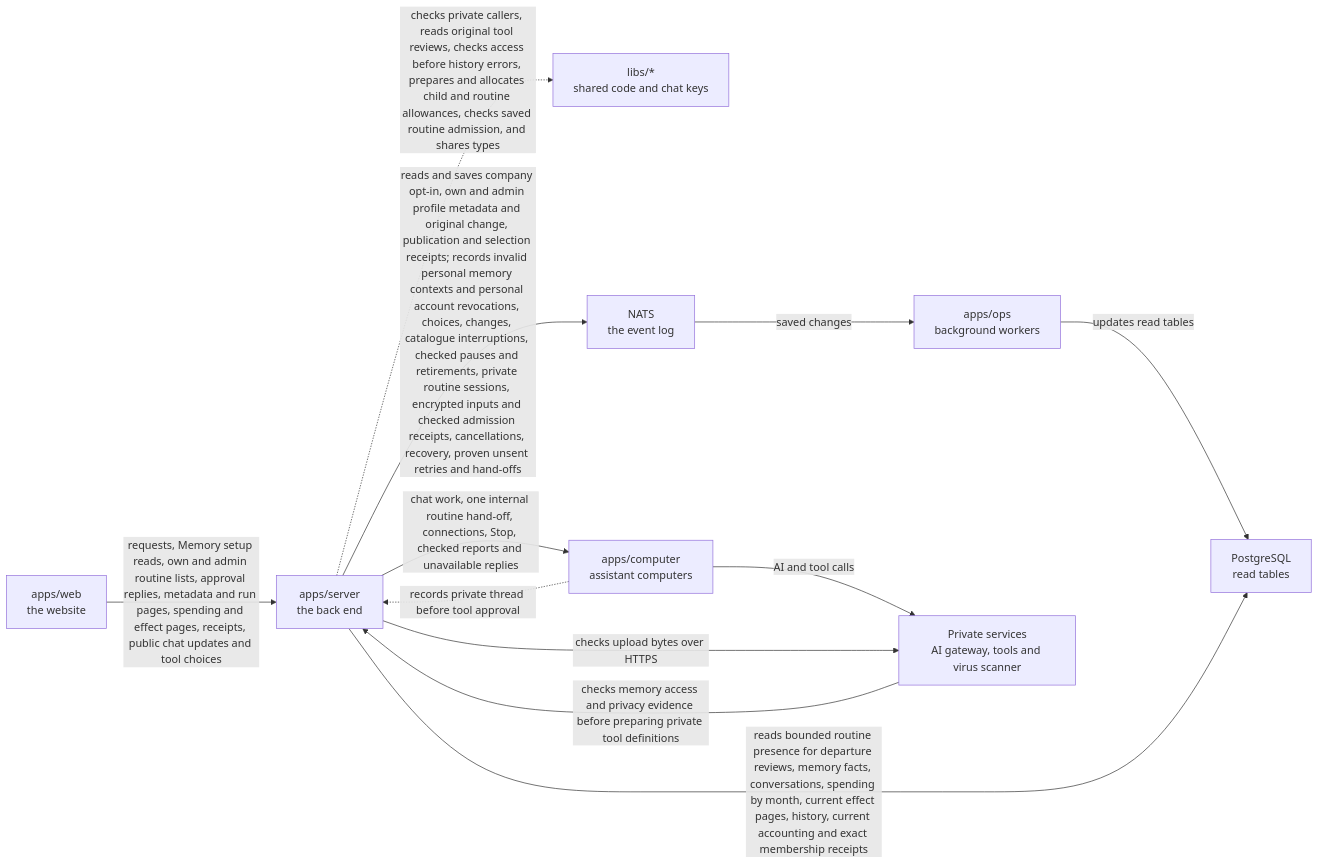
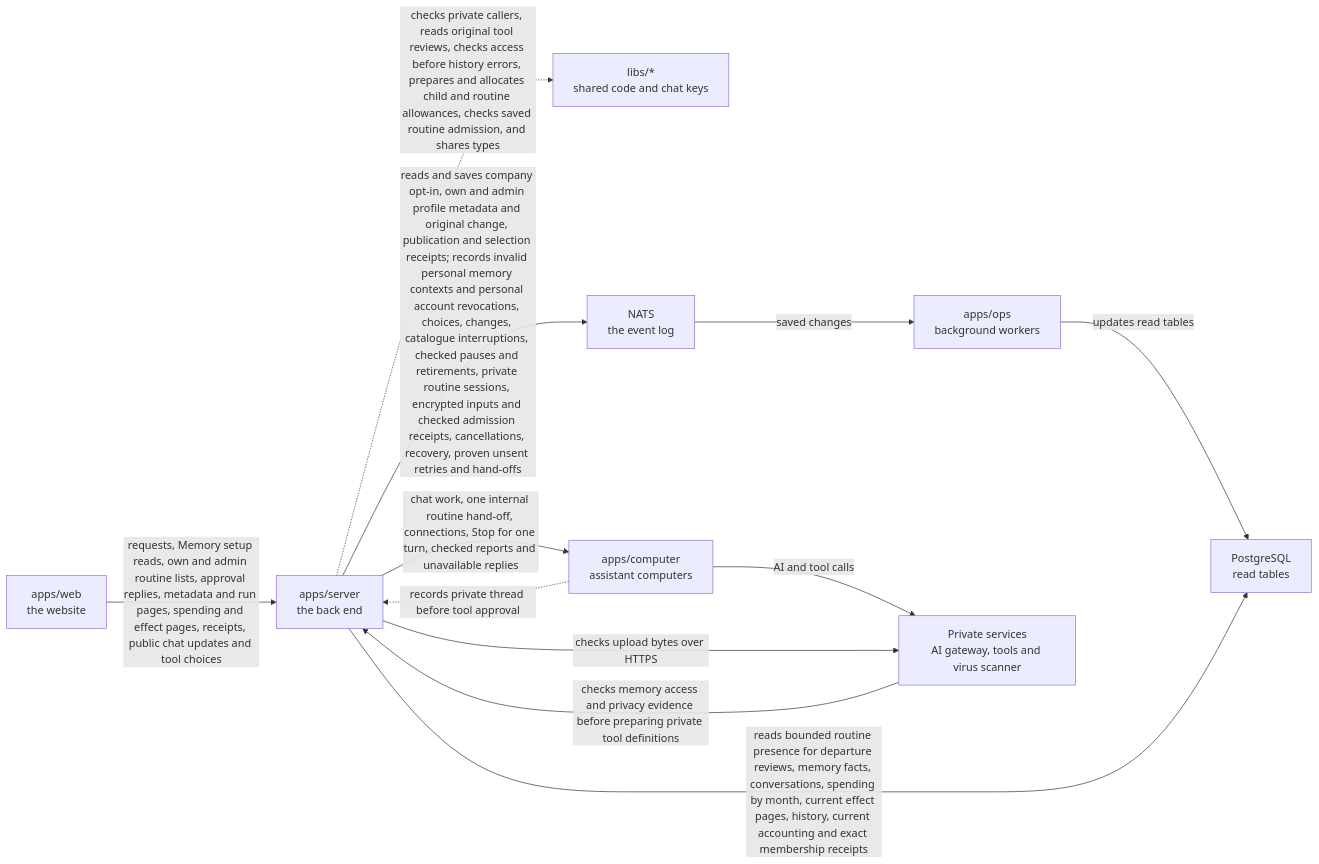
The diagram in apps/server/README.md (elewa-git/opencrane-new), drawn with Mermaid before and after one commit. The commit also changed other lines of this file and 6 other files, not shown here.

Commit message:
🛑 Share Stop removal and interruption for each exact turn

````diff
--- a/apps/server/README.md
+++ b/apps/server/README.md
@@ -107,14 +108,14 @@
 ```mermaid
 flowchart LR
   web["apps/web<br/>the website"] -->|requests, Memory setup reads, own and admin routine lists, approval replies, metadata and run pages, spending and effect pages, receipts, public chat updates and tool choices| server["apps/server<br/>the back end"]
   server -.->|checks private callers, reads original tool reviews, checks access before history errors, prepares and allocates child and routine allowances, checks saved routine admission, and shares types| libs["libs/*<br/>shared code and chat keys"]
   server -->|reads and saves company opt-in, own and admin profile metadata and original change, publication and selection receipts; records invalid personal memory contexts and personal account revocations, choices, changes, catalogue interruptions, checked pauses and retirements, private routine sessions, encrypted inputs and checked admission receipts, cancellations, recovery, proven unsent retries and hand-offs| nats["NATS<br/>the event log"]
   nats -->|saved changes| ops["apps/ops<br/>background workers"]
   ops -->|updates read tables| postgres["PostgreSQL<br/>read tables"]
   server -->|reads bounded routine presence for departure reviews, memory facts, conversations, spending by month, current effect pages, history, current accounting and exact membership receipts| postgres
-  server -->|chat work, one internal routine hand-off, connections, Stop, checked reports and unavailable replies| computer["apps/computer<br/>assistant computers"]
+  server -->|chat work, one internal routine hand-off, connections, Stop for one turn, checked reports and unavailable replies| computer["apps/computer<br/>assistant computers"]
   computer -.->|records private thread before tool approval| server
   computer -->|AI and tool calls| runtime["Private services<br/>AI gateway, tools and virus scanner"]
   server -->|checks upload bytes over HTTPS| runtime
   runtime -->|checks memory access and privacy evidence before preparing private tool definitions| server
 ```
````
